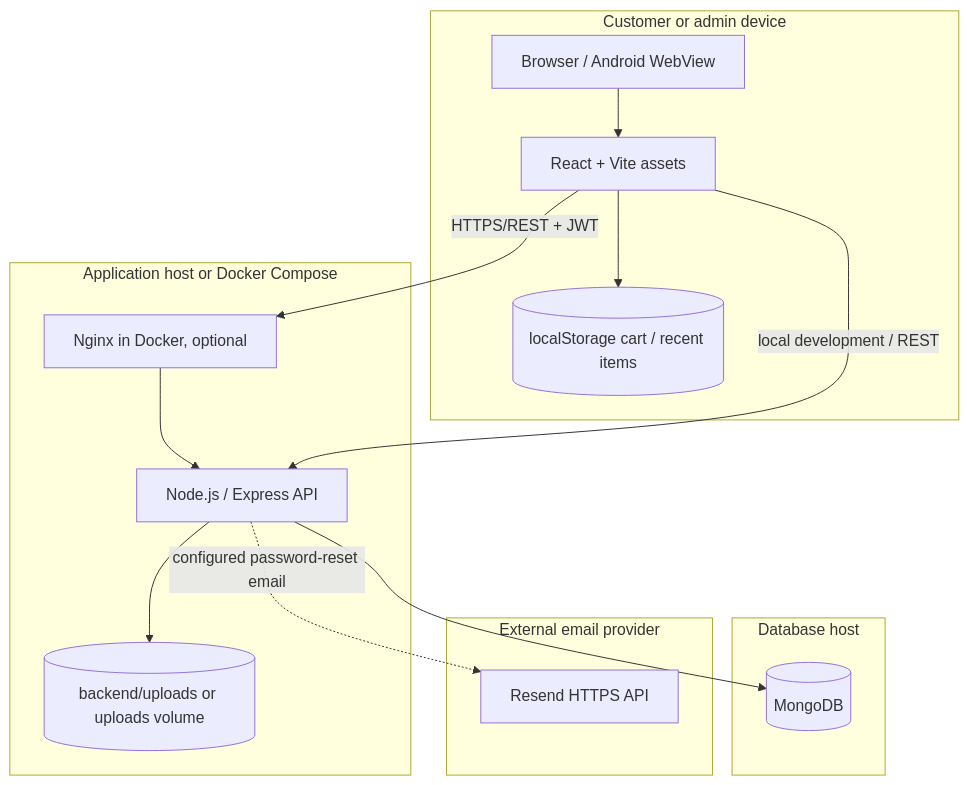
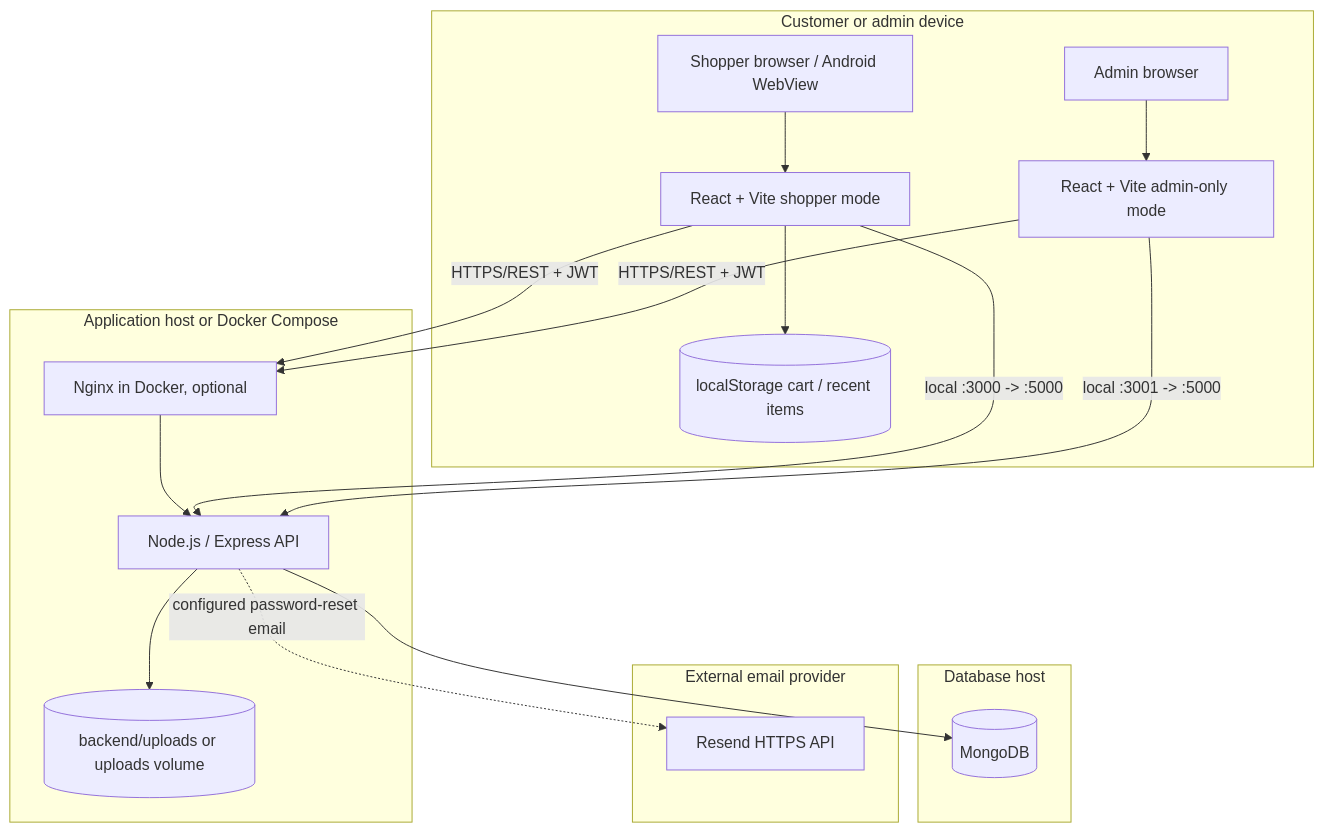
The eighth of 22 diagrams in docs/UML_DIAGRAMS.md (arbazfareed/e-commerce), drawn with Mermaid before and after one commit. The commit also changed other lines of this file and 94 other files, not shown here.

````diff
--- a/docs/UML_DIAGRAMS.md
+++ b/docs/UML_DIAGRAMS.md
@@ -341,31 +345,36 @@
 ```mermaid
 flowchart TB
     subgraph Device[Customer or admin device]
-        Browser[Browser / Android WebView]
-        WebApp[React + Vite assets]
+        ShopperBrowser[Shopper browser / Android WebView]
+        AdminBrowser[Admin browser]
+        ShopperApp[React + Vite shopper mode]
+        AdminApp[React + Vite admin-only mode]
         LocalState[(localStorage cart / recent items)]
-        Browser --> WebApp
-        WebApp --> LocalState
+        ShopperBrowser --> ShopperApp
+        AdminBrowser --> AdminApp
+        ShopperApp --> LocalState
     end
 
     subgraph AppHost[Application host or Docker Compose]
         Proxy[Nginx in Docker, optional]
         API[Node.js / Express API]
         Media[(backend/uploads or uploads volume)]
         Proxy --> API
         API --> Media
     end
 
     subgraph DataHost[Database host]
         Mongo[(MongoDB)]
     end
 
     subgraph MailHost[External email provider]
         Resend[Resend HTTPS API]
     end
 
-    WebApp -->|HTTPS/REST + JWT| Proxy
-    WebApp -->|local development / REST| API
+    ShopperApp -->|HTTPS/REST + JWT| Proxy
+    AdminApp -->|HTTPS/REST + JWT| Proxy
+    ShopperApp -->|local :3000 -> :5000| API
+    AdminApp -->|local :3001 -> :5000| API
     API --> Mongo
     API -. configured password-reset email .-> Resend
 ```
````
